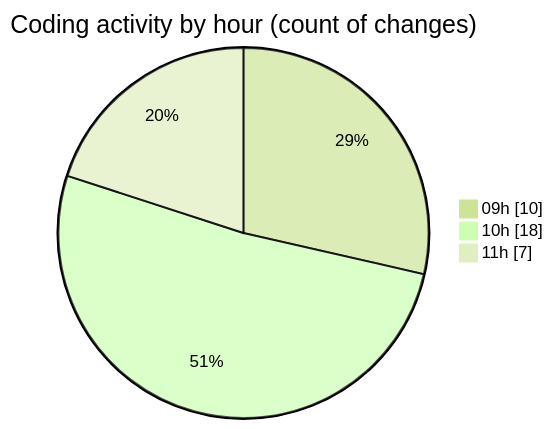
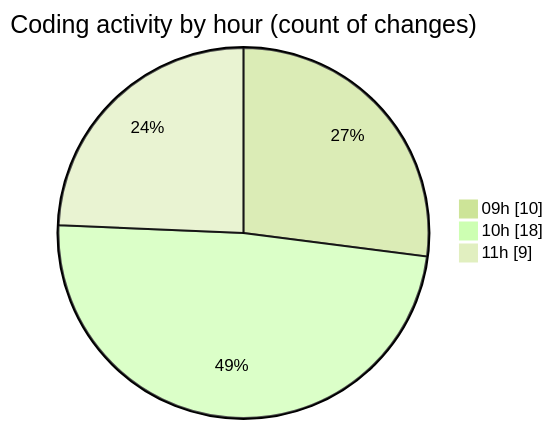
Before and after one commit to CELIANVF/code-tracking: the second of 2 diagrams in 2025-05-09/ecodeli/README.md, drawn with Mermaid (forest theme). The commit also changed other lines of this file and 1 other file, not shown here.

````diff
--- a/2025-05-09/ecodeli/README.md
+++ b/2025-05-09/ecodeli/README.md
@@ -39,7 +39,7 @@
 ```mermaid
 pie showData
 title Coding activity by hour (count of changes)
 "09h" : 10
 "10h" : 18
-"11h" : 7
+"11h" : 9
 ```
````
